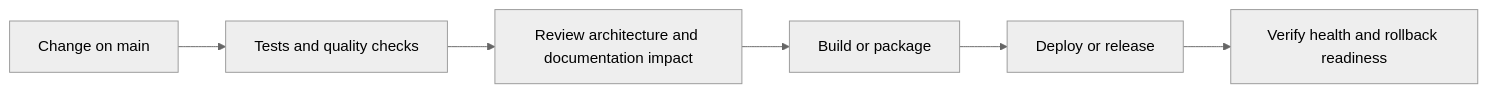
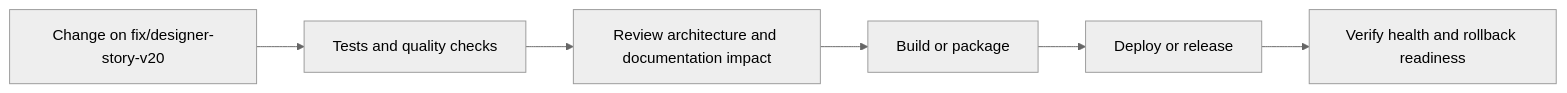
The seventh of 8 diagrams in README.md (Nischhalsubba/nischhalsubba.com.np), drawn with Mermaid (neutral theme) before and after one commit. The commit also changed other lines of this file, not shown here.

Commit message:
docs: apply designer README standard

````diff
--- a/README.md
+++ b/README.md
@@ -218,8 +218,8 @@
 ```mermaid
 flowchart LR
-    CHANGE["Change on main"] --> CHECK["Tests and quality checks"]
+    CHANGE["Change on fix/designer-story-v20"] --> CHECK["Tests and quality checks"]
     CHECK --> REVIEW["Review architecture and documentation impact"]
     REVIEW --> BUILD["Build or package"]
     BUILD --> DEPLOY["Deploy or release"]
     DEPLOY --> VERIFY["Verify health and rollback readiness"]
 ```
````
